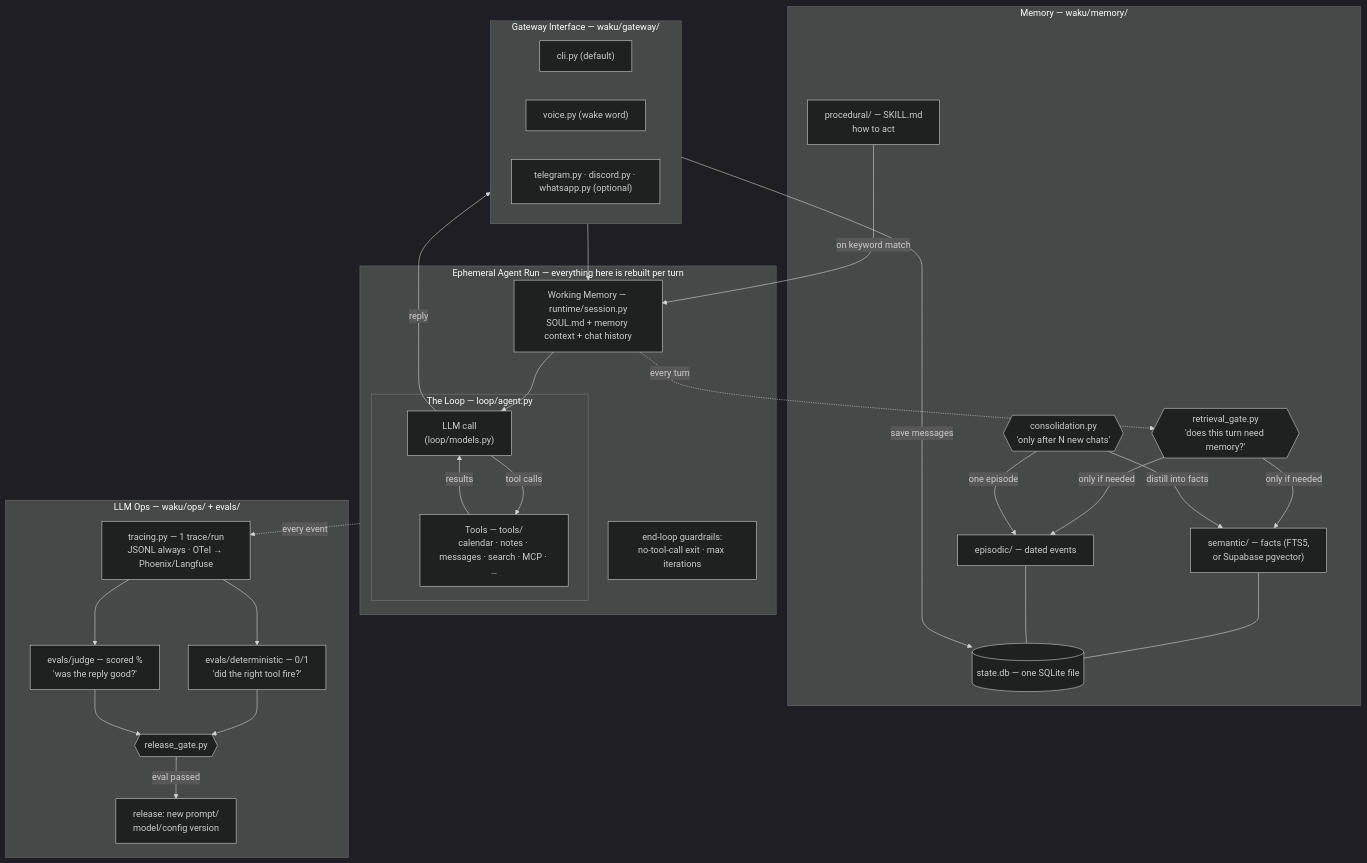
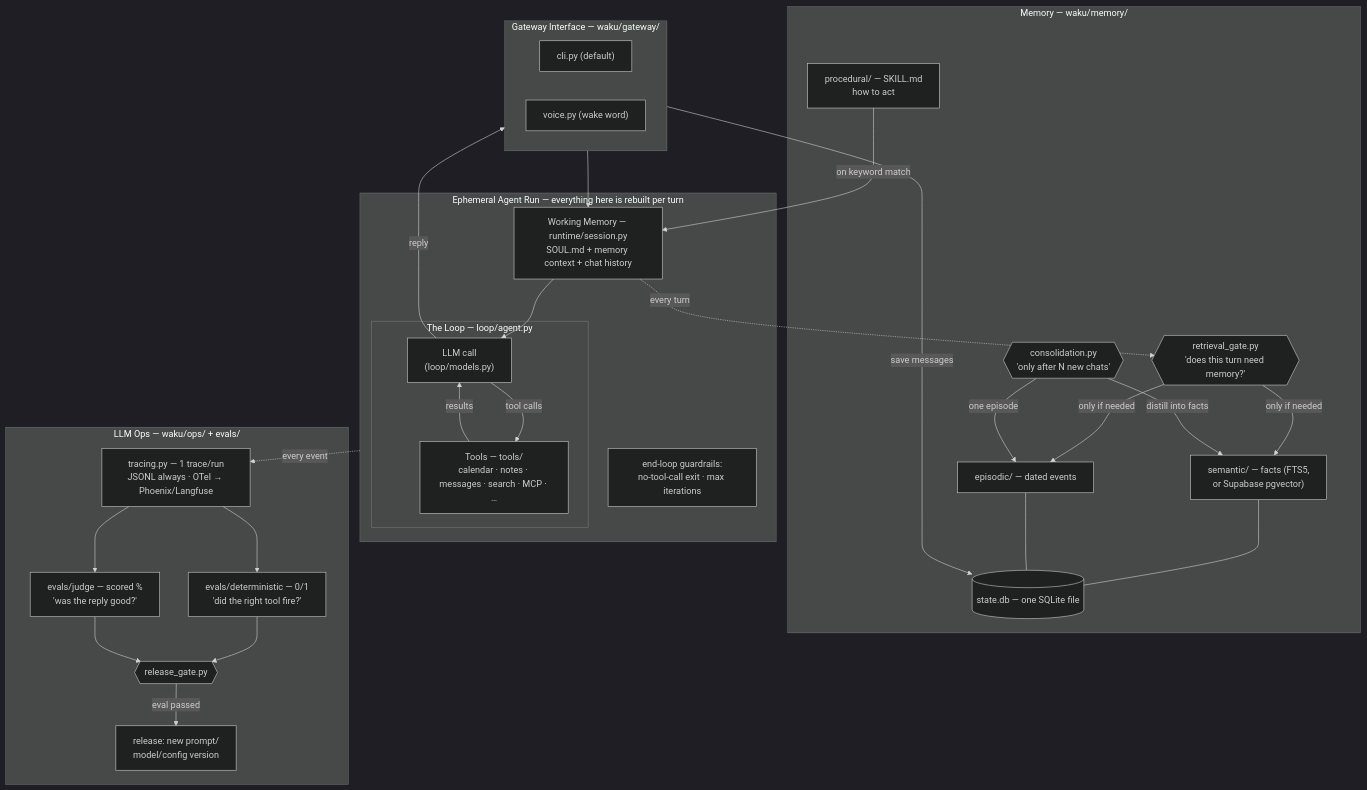
The first of 2 diagrams in docs/architecture.md (nangbwsx-gif/PP-Agent), drawn with Mermaid (dark theme) before and after one commit. The commit also changed other lines of this file and 48 other files, not shown here.

First line of the commit message:
Remove the Telegram, Discord and WhatsApp gateways

````diff
--- a/docs/architecture.md
+++ b/docs/architecture.md
@@ -7,49 +7,48 @@
 ```mermaid
 flowchart TB
     subgraph GW["Gateway Interface — waku/gateway/"]
         CLI["cli.py (default)"]
         VOICE["voice.py (wake word)"]
-        TG["telegram.py · discord.py · whatsapp.py (optional)"]
     end
 
     subgraph RUN["Ephemeral Agent Run — everything here is rebuilt per turn"]
         WM["Working Memory — runtime/session.py<br/>SOUL.md + memory context + chat history"]
         subgraph LOOP["The Loop — loop/agent.py"]
             LLM["LLM call<br/>(loop/models.py)"]
             TOOLS["Tools — tools/<br/>calendar · notes · messages · search · MCP · …"]
             LLM -->|tool calls| TOOLS -->|results| LLM
         end
         WM --> LLM
         GUARD["end-loop guardrails:<br/>no-tool-call exit · max iterations"]
     end
 
     GW --> WM
     LLM -->|reply| GW
 
     subgraph MEM["Memory — waku/memory/"]
         GATE{{"retrieval_gate.py<br/>'does this turn need memory?'"}}
         PROC["procedural/ — SKILL.md<br/>how to act"]
         SEM["semantic/ — facts (FTS5,<br/>or Supabase pgvector)"]
         EPI["episodic/ — dated events"]
         CONS{{"consolidation.py<br/>'only after N new chats'"}}
         DB[("state.db — one SQLite file")]
     end
 
     WM -.->|every turn| GATE
     GATE -->|only if needed| SEM & EPI
     PROC -->|on keyword match| WM
     GW -->|save messages| DB
     CONS -->|distill into facts| SEM
     CONS -->|one episode| EPI
     SEM & EPI --- DB
 
     subgraph OPS["LLM Ops — waku/ops/ + evals/"]
         TRACE["tracing.py — 1 trace/run<br/>JSONL always · OTel → Phoenix/Langfuse"]
         DET["evals/deterministic — 0/1<br/>'did the right tool fire?'"]
         JUDGE["evals/judge — scored %<br/>'was the reply good?'"]
         RGATE{{"release_gate.py"}}
         TRACE --> DET & JUDGE --> RGATE -->|eval passed| SHIP["release: new prompt/<br/>model/config version"]
     end
 
     RUN -.->|every event| TRACE
 ```
````
